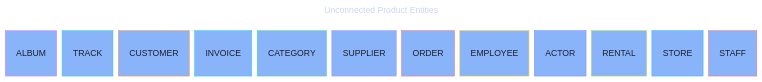
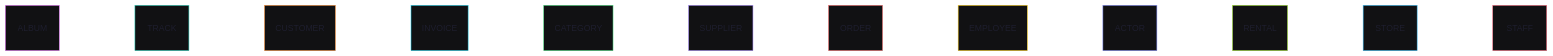
Before and after one commit to s-a-c/samples-20260717: the second of 3 diagrams in docs/12-design/1202-data-model.md, drawn with Mermaid. The commit also changed other lines of this file and 2157 other files, not shown here.

````diff
--- a/docs/12-design/1202-data-model.md
+++ b/docs/12-design/1202-data-model.md
@@ -164,64 +133,34 @@
 ```mermaid
 ---
-title: Unconnected Product Entities
 config:
   theme: redux-dark-color
   themeVariables:
     background: "#1e1e2e"
     primaryColor: "#89b4fa"
     primaryTextColor: "#1e1e2e"
     primaryBorderColor: "#74c7ec"
     lineColor: "#74c7ec"
-    secondaryColor: "#cba6f7"
-    secondaryTextColor: "#1e1e2e"
-    secondaryBorderColor: "#b4befe"
-    tertiaryColor: "#94e2d5"
-    tertiaryTextColor: "#1e1e2e"
-    tertiaryBorderColor: "#89dceb"
-    mainBkg: "#89b4fa"
-    secondBkg: "#cba6f7"
-    tertiaryBkg: "#94e2d5"
     textColor: "#cdd6f4"
-    nodeBorder: "#74c7ec"
-    clusterBkg: "#313244"
-    clusterBorder: "#b4befe"
-    edgeLabelBackground: "#1e1e2e"
-    titleColor: "#cdd6f4"
     fontSize: 16px
-    erEdgeLabelBackground: "#1e1e2e"
-    relationColor: "#74c7ec"
-    relationLabelBackground: "#1e1e2e"
-    relationLabelColor: "#cdd6f4"
-  themeCSS: |
-    .node rect, .node circle, .node ellipse, .node polygon, .node path { stroke-width: 2px !important; }
-    .edgePath .path { stroke-width: 2px !important; }
-    .label { font-weight: bold !important; }
-    .edgeLabel { background-color: #1e1e2e !important; }
-  er:
-    layoutDirection: TB
-    defaultRenderer: elk
-    minEntityWidth: 90
-    nodeSpacing: 10
-    rankSpacing: 120
 ---
 erDiagram
     direction TB
 
     %% chinook_schema
     ALBUM
     TRACK
     CUSTOMER
     INVOICE
 
     %% northwind_schema
     CATEGORY
     SUPPLIER
     ORDER
     EMPLOYEE
 
     %% pagila_schema
     ACTOR
     RENTAL
     STORE
     STAFF
 ```
````
